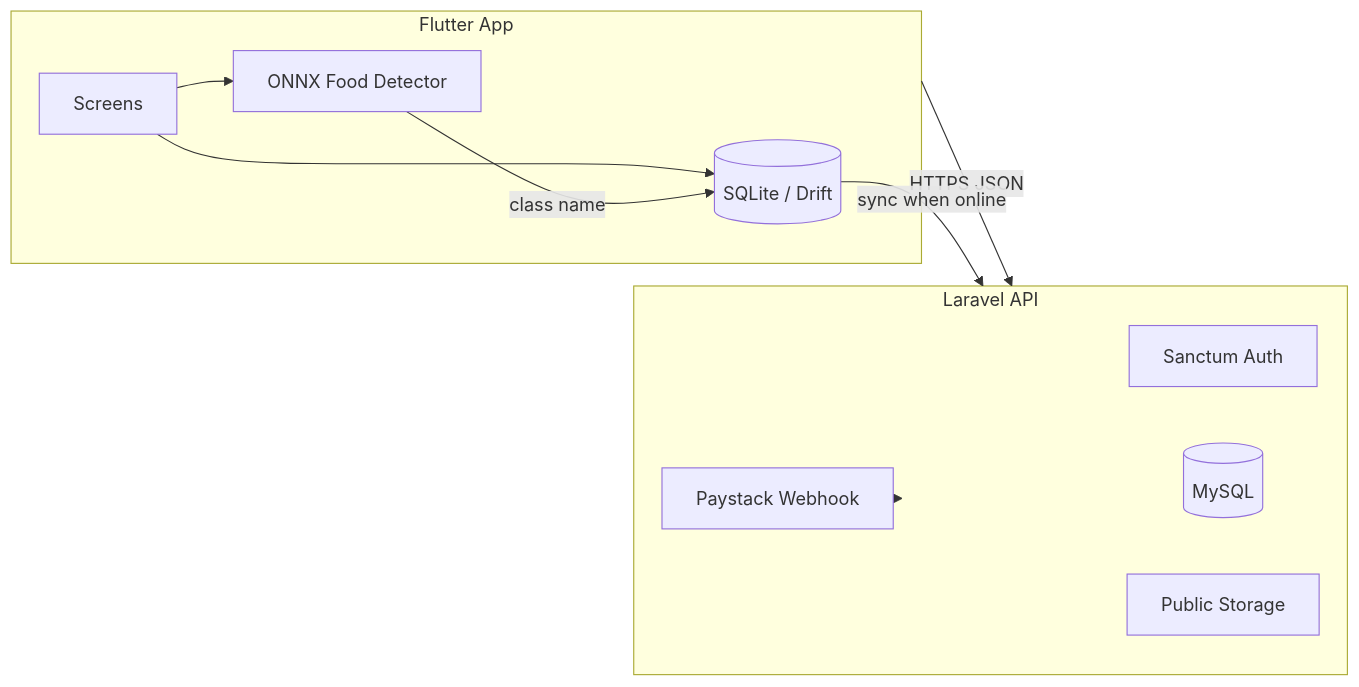
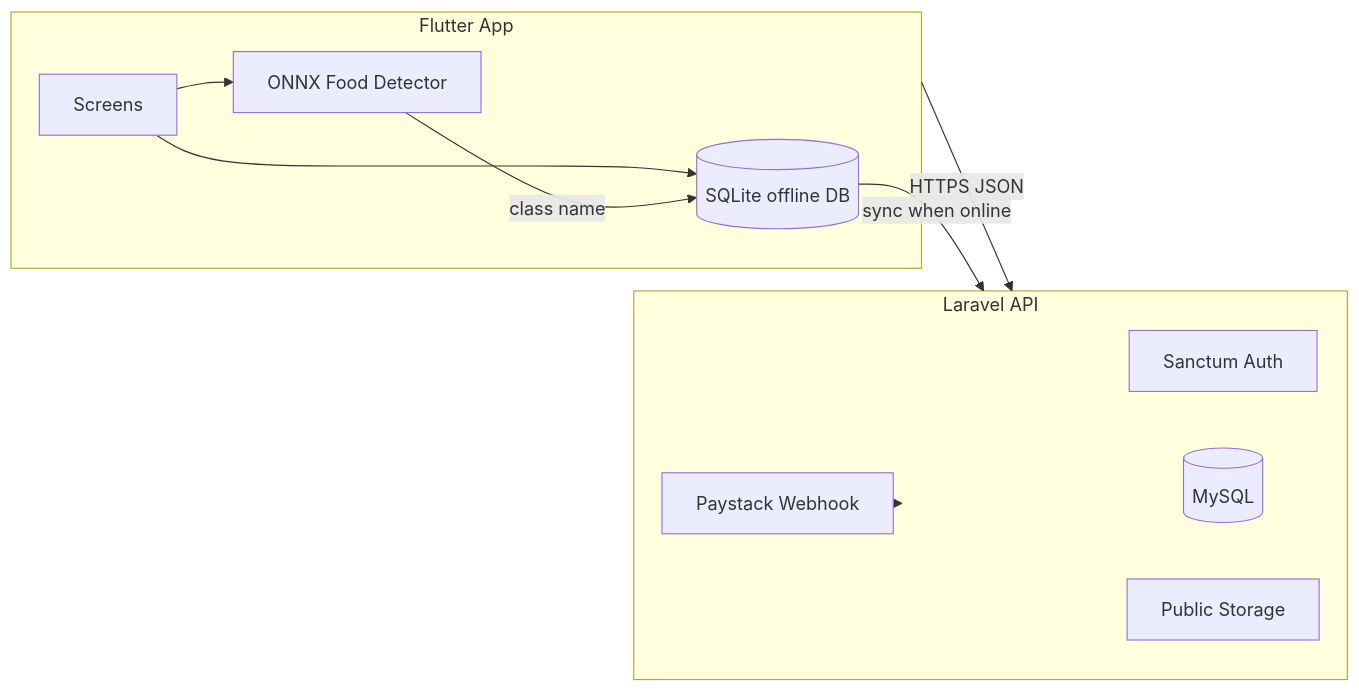
Before and after one commit to reginaldtesla/AkwaabaFit_AI: the diagram in README.md, drawn with Mermaid. The commit also changed other lines of this file, not shown here.

````diff
--- a/README.md
+++ b/README.md
@@ -85,20 +126,20 @@
 ```mermaid
 flowchart LR
   subgraph mobile [Flutter App]
     ONNX[ONNX Food Detector]
-    SQLite[(SQLite / Drift)]
+    SQLite[(SQLite offline DB)]
     UI[Screens]
     UI --> ONNX
     UI --> SQLite
   end
   subgraph api [Laravel API]
     Sanctum[Sanctum Auth]
     DB[(MySQL)]
     Storage[Public Storage]
     Paystack[Paystack Webhook]
   end
   mobile -->|HTTPS JSON| api
   ONNX -->|class name| SQLite
   SQLite -->|sync when online| api
   Paystack --> api
 ```
````
